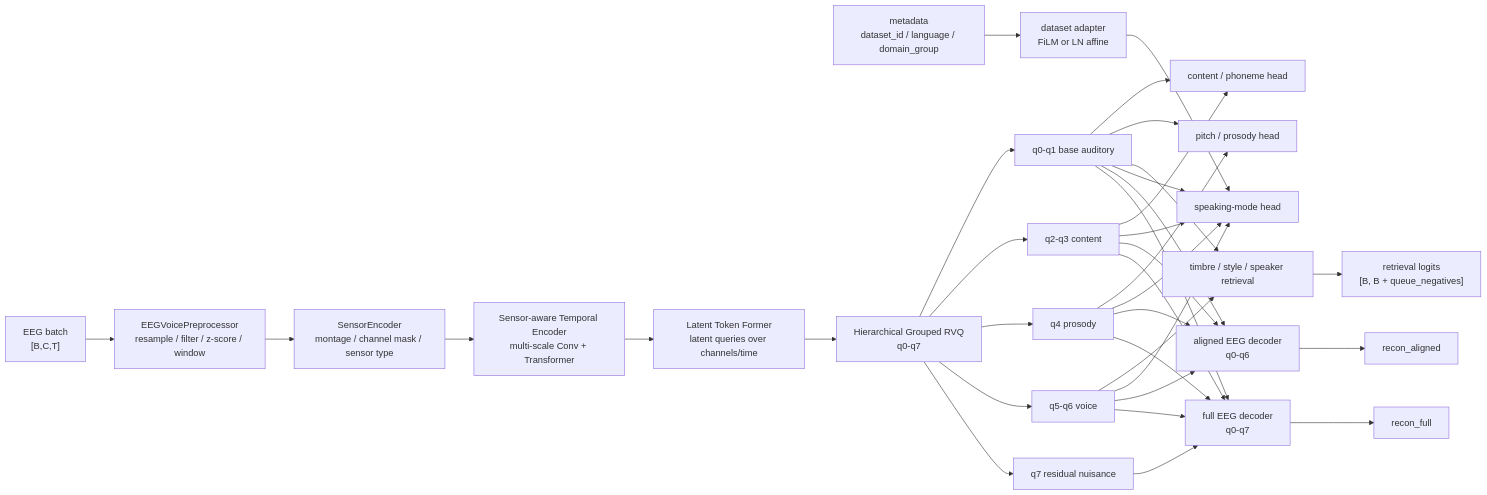
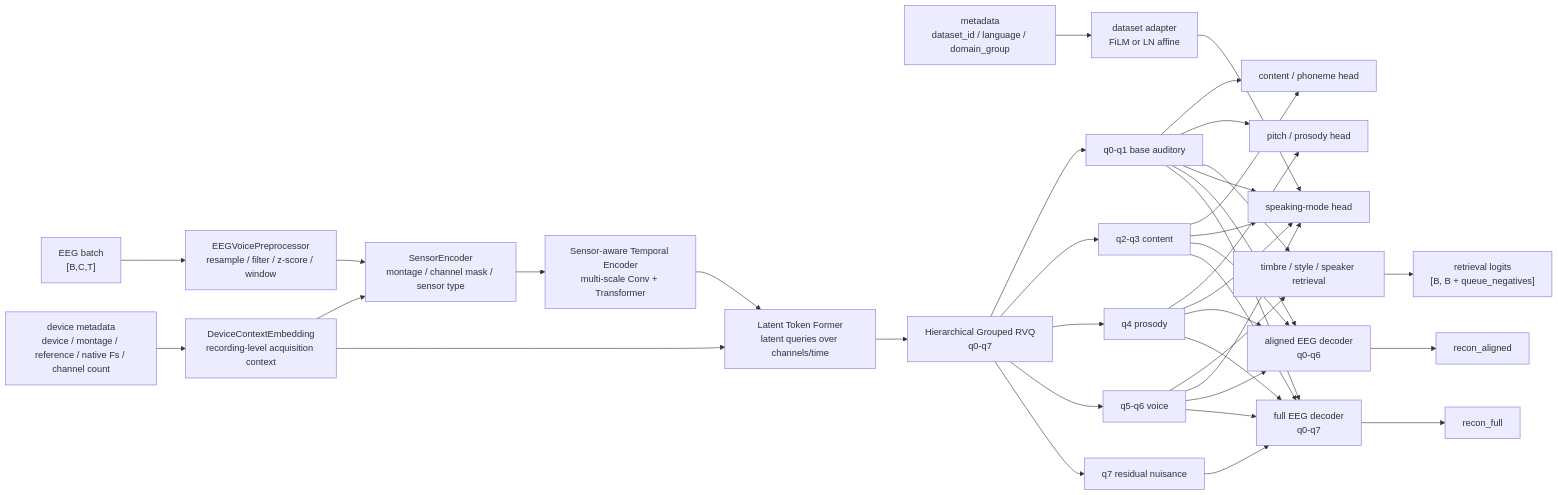
Before and after one commit to samxiexs/eeg-voice: the diagram in docs/model_v1_design_0518.md, drawn with Mermaid. The commit also changed other lines of this file and 10 other files, not shown here.

````diff
--- a/docs/model_v1_design_0518.md
+++ b/docs/model_v1_design_0518.md
@@ -77,42 +77,45 @@
 ```mermaid
 flowchart LR
   EEG["EEG batch<br/>[B,C,T]"] --> PRE["EEGVoicePreprocessor<br/>resample / filter / z-score / window"]
   META["metadata<br/>dataset_id / language / domain_group"] --> ADAPT["dataset adapter<br/>FiLM or LN affine"]
+  DEVICE["device metadata<br/>device / montage / reference / native Fs / channel count"] --> DCTX["DeviceContextEmbedding<br/>recording-level acquisition context"]
   PRE --> SENSOR["SensorEncoder<br/>montage / channel mask / sensor type"]
+  DCTX --> SENSOR
   SENSOR --> ENC["Sensor-aware Temporal Encoder<br/>multi-scale Conv + Transformer"]
   ENC --> LTF["Latent Token Former<br/>latent queries over channels/time"]
+  DCTX --> LTF
   LTF --> RVQ["Hierarchical Grouped RVQ<br/>q0-q7"]
 
   RVQ --> BASE["q0-q1 base auditory"]
   RVQ --> CONTENT["q2-q3 content"]
   RVQ --> PROSODY["q4 prosody"]
   RVQ --> VOICE["q5-q6 voice"]
   RVQ --> RESID["q7 residual nuisance"]
 
   BASE --> HCONTENT["content / phoneme head"]
   CONTENT --> HCONTENT
   BASE --> HPROSODY["pitch / prosody head"]
   PROSODY --> HPROSODY
   BASE --> HVOICE["timbre / style / speaker retrieval"]
   VOICE --> HVOICE
   BASE --> HMODE["speaking-mode head"]
   CONTENT --> HMODE
   PROSODY --> HMODE
   VOICE --> HMODE
   ADAPT --> HMODE
 
   BASE --> DEC1["aligned EEG decoder<br/>q0-q6"]
   CONTENT --> DEC1
   PROSODY --> DEC1
   VOICE --> DEC1
   DEC1 --> RALIGNED["recon_aligned"]
 
   BASE --> DEC2["full EEG decoder<br/>q0-q7"]
   CONTENT --> DEC2
   PROSODY --> DEC2
   VOICE --> DEC2
   RESID --> DEC2
   DEC2 --> RFULL["recon_full"]
 
   HVOICE --> RET["retrieval logits<br/>[B, B + queue_negatives]"]
 ```
````
